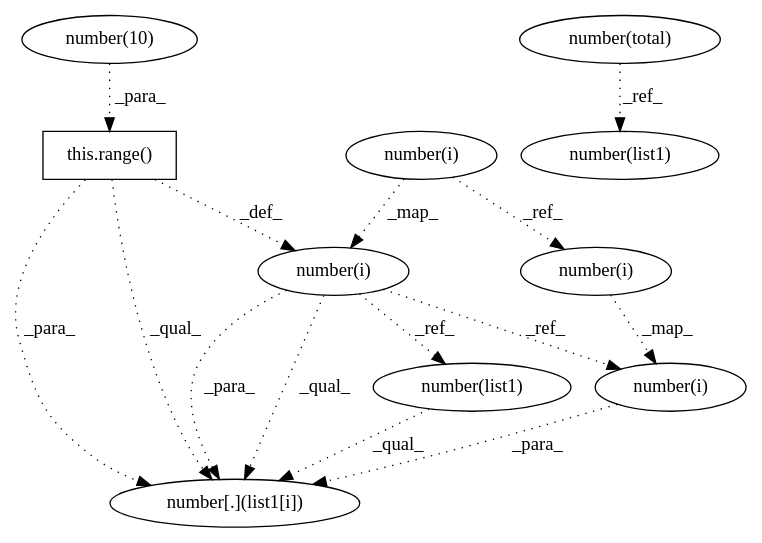
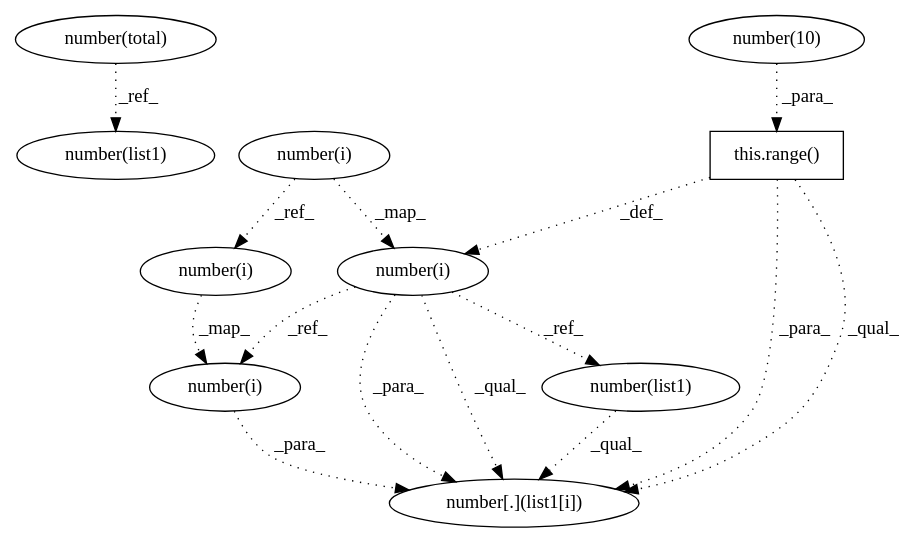
Before and after one commit to maldil/R-CPATMiner: the diagram in AtomicASTChangeMining/OUTPUT/DEBUG/0e6dc83aa7b89425cf740288a2c7272967a4a8f5___0.dot, drawn with Graphviz. The commit also changed 76 other files, not shown here.

```diff
--- a/AtomicASTChangeMining/OUTPUT/DEBUG/0e6dc83aa7b89425cf740288a2c7272967a4a8f5___0.dot
+++ b/AtomicASTChangeMining/OUTPUT/DEBUG/0e6dc83aa7b89425cf740288a2c7272967a4a8f5___0.dot
@@ -1,26 +1,26 @@
 digraph G {
-1 [label="number(list1)" shape=ellipse]
-2 [label="this.range()" shape=box]
-3 [label="number(i)" shape=ellipse]
-4 [label="number(i)" shape=ellipse]
+1 [label="number(total)" shape=ellipse]
+2 [label="number(i)" shape=ellipse]
+3 [label="number(10)" shape=ellipse]
+4 [label="number[.](list1[i])" shape=ellipse]
 5 [label="number(i)" shape=ellipse]
-6 [label="number(list1)" shape=ellipse]
-7 [label="number[.](list1[i])" shape=ellipse]
+6 [label="number(i)" shape=ellipse]
+7 [label="number(list1)" shape=ellipse]
 8 [label="number(i)" shape=ellipse]
-9 [label="number(10)" shape=ellipse]
-10 [label="number(total)" shape=ellipse]
-5 -> 1 [label="_ref_" style=dotted];
-9 -> 2 [label="_para_" style=dotted];
-5 -> 4 [label="_ref_" style=dotted];
-8 -> 4 [label="_map_" style=dotted];
-2 -> 5 [label="_def_" style=dotted];
-3 -> 5 [label="_map_" style=dotted];
-10 -> 6 [label="_ref_" style=dotted];
-1 -> 7 [label="_qual_" style=dotted];
-4 -> 7 [label="_para_" style=dotted];
-5 -> 7 [label="_para_" style=dotted];
-2 -> 7 [label="_para_" style=dotted];
-5 -> 7 [label="_qual_" style=dotted];
-2 -> 7 [label="_qual_" style=dotted];
-3 -> 8 [label="_ref_" style=dotted];
+9 [label="this.range()" shape=box]
+10 [label="number(list1)" shape=ellipse]
+10 -> 4 [label="_qual_" style=dotted];
+8 -> 4 [label="_para_" style=dotted];
+6 -> 4 [label="_para_" style=dotted];
+9 -> 4 [label="_para_" style=dotted];
+6 -> 4 [label="_qual_" style=dotted];
+9 -> 4 [label="_qual_" style=dotted];
+2 -> 5 [label="_ref_" style=dotted];
+9 -> 6 [label="_def_" style=dotted];
+2 -> 6 [label="_map_" style=dotted];
+1 -> 7 [label="_ref_" style=dotted];
+6 -> 8 [label="_ref_" style=dotted];
+5 -> 8 [label="_map_" style=dotted];
+3 -> 9 [label="_para_" style=dotted];
+6 -> 10 [label="_ref_" style=dotted];
 }
```
